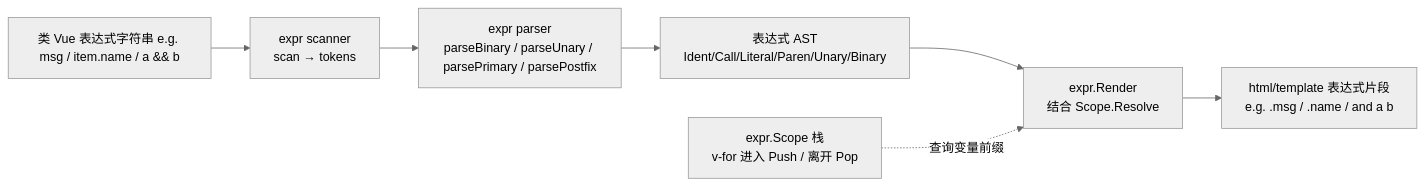
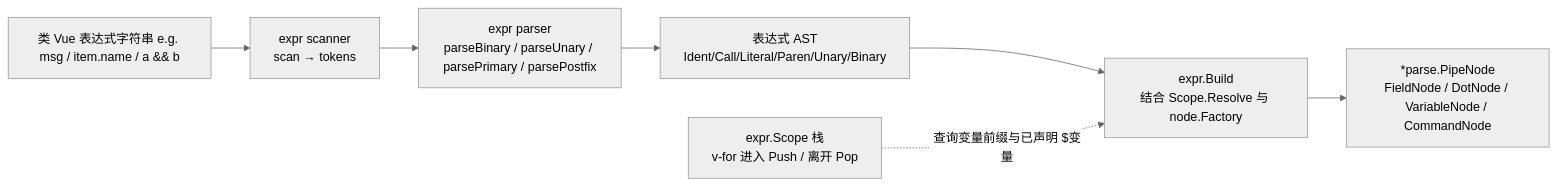
The second of 4 diagrams in README.md (quhongbin/vugo), drawn with Mermaid (neutral theme) before and after one commit. The commit also changed other lines of this file and 38 other files, not shown here.

Commit message:
Refactored: the project logic and injected it directly into the `parse.tree` interface of `html/template`.

````diff
--- a/README.md
+++ b/README.md
@@ -193,10 +203,10 @@
 ```mermaid
 flowchart LR
     Src[类 Vue 表达式字符串 e.g. msg / item.name / a && b] --> Scan[expr scanner<br/>scan → tokens]
     Scan --> EP[expr parser<br/>parseBinary / parseUnary / parsePrimary / parsePostfix]
     EP --> EAst[表达式 AST<br/>Ident/Call/Literal/Paren/Unary/Binary]
-    EAst --> Ren[expr.Render<br/>结合 Scope.Resolve]
-    Ren --> Dst[html/template 表达式片段<br/>e.g. .msg / .name / and a b]
+    EAst --> Bld[expr.Build<br/>结合 Scope.Resolve 与 node.Factory]
+    Bld --> Dst[*parse.PipeNode<br/>FieldNode / DotNode / VariableNode / CommandNode]
 
-    Scope[expr.Scope 栈<br/>v-for 进入 Push / 离开 Pop] -.查询变量前缀.-> Ren
+    Scope[expr.Scope 栈<br/>v-for 进入 Push / 离开 Pop] -.查询变量前缀与已声明 $变量.-> Bld
 ```
````
